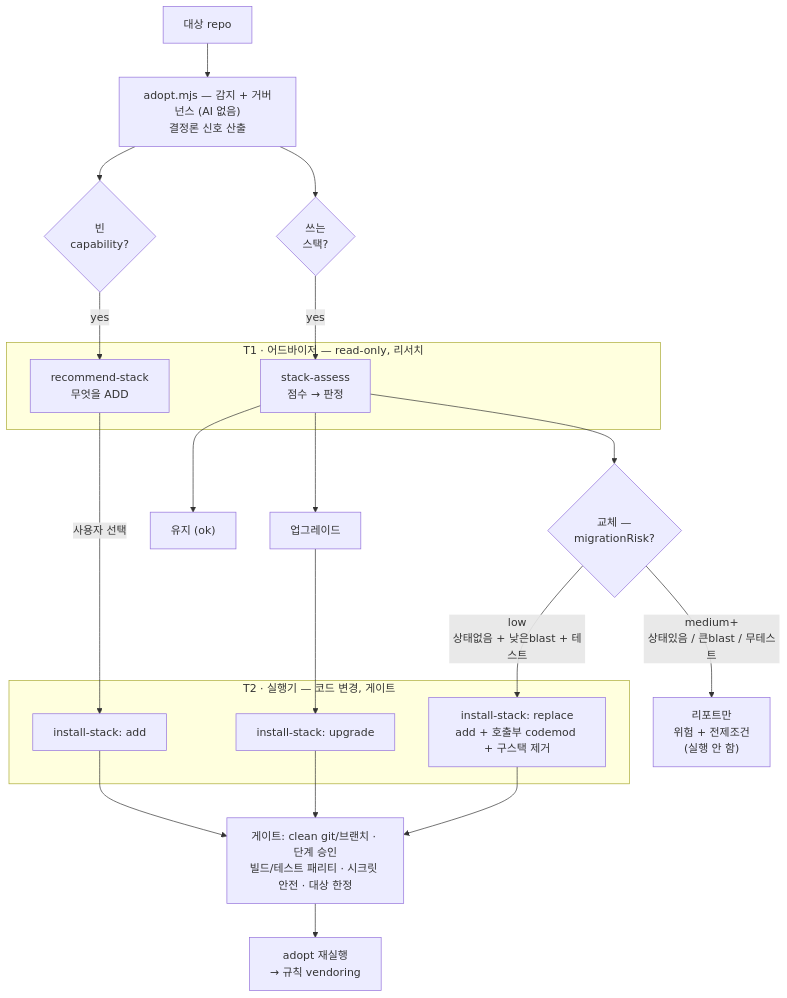
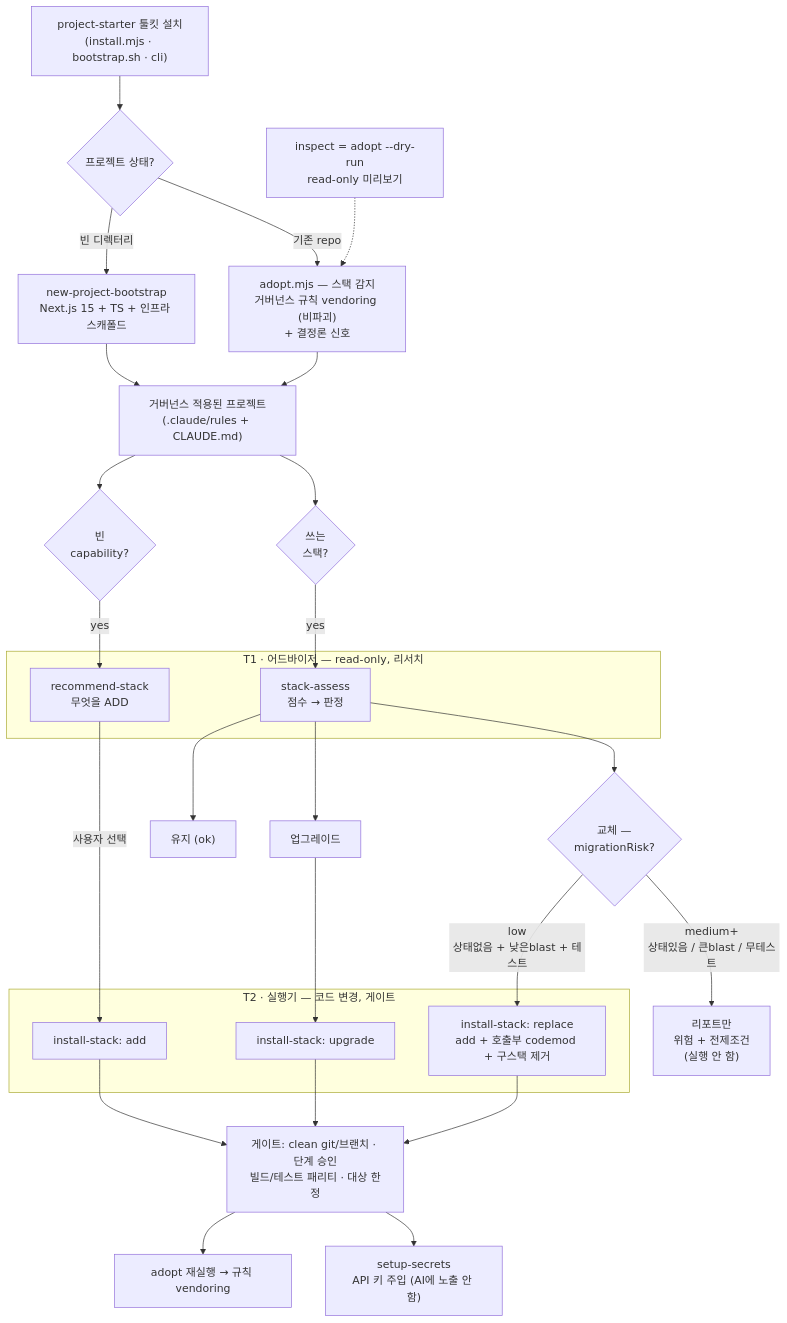
One commit to kimyeonsik/project-starter changed the diagram in README.ko.md. Above: the diagram before and after it, drawn with Mermaid. The commit also changed other lines of this file and 1 other file, not shown here.

Commit message:
docs(readme): expand lifecycle diagram to all entry cases (bootstrap/adopt/inspect/secrets)

````diff
--- a/README.ko.md
+++ b/README.ko.md
@@ -43,34 +43,39 @@
 ```mermaid
 flowchart TD
-    repo["대상 repo"] --> adopt["adopt.mjs — 감지 + 거버넌스 (AI 없음)<br/>결정론 신호 산출"]
-    adopt --> empty{"빈<br/>capability?"}
-    adopt --> inuse{"쓰는<br/>스택?"}
+    install["project-starter 툴킷 설치<br/>(install.mjs · bootstrap.sh · cli)"] --> start{"프로젝트 상태?"}
+    start -->|빈 디렉터리| boot["new-project-bootstrap<br/>Next.js 15 + TS + 인프라 스캐폴드"]
+    start -->|기존 repo| adopt["adopt.mjs — 스택 감지<br/>거버넌스 규칙 vendoring (비파괴)<br/>+ 결정론 신호"]
+    inspect["inspect = adopt --dry-run<br/>read-only 미리보기"] -.-> adopt
+
+    boot --> governed["거버넌스 적용된 프로젝트<br/>(.claude/rules + CLAUDE.md)"]
+    adopt --> governed
+
+    governed --> empty{"빈<br/>capability?"}
+    governed --> inuse{"쓰는<br/>스택?"}
 
     subgraph t1["T1 · 어드바이저 — read-only, 리서치"]
         rec["recommend-stack<br/>무엇을 ADD"]
         assess["stack-assess<br/>점수 → 판정"]
     end
-
     empty -->|yes| rec
     inuse -->|yes| assess
 
     assess --> keep["유지 (ok)"]
     assess --> upgrade["업그레이드"]
     assess --> repl{"교체 —<br/>migrationRisk?"}
     repl -->|"low<br/>상태없음 + 낮은blast + 테스트"| m_replace
     repl -->|"medium+<br/>상태있음 / 큰blast / 무테스트"| report["리포트만<br/>위험 + 전제조건<br/>(실행 안 함)"]
-
     rec -->|사용자 선택| m_add
     upgrade --> m_upgrade
 
     subgraph t2["T2 · 실행기 — 코드 변경, 게이트"]
         m_add["install-stack: add"]
         m_upgrade["install-stack: upgrade"]
         m_replace["install-stack: replace<br/>add + 호출부 codemod + 구스택 제거"]
     end
-
     m_add --> gates
     m_upgrade --> gates
     m_replace --> gates
-    gates["게이트: clean git/브랜치 · 단계 승인<br/>빌드/테스트 패리티 · 시크릿 안전 · 대상 한정"] --> vendor["adopt 재실행<br/>→ 규칙 vendoring"]
+    gates["게이트: clean git/브랜치 · 단계 승인<br/>빌드/테스트 패리티 · 대상 한정"] --> vendor["adopt 재실행 → 규칙 vendoring"]
+    gates --> secrets["setup-secrets<br/>API 키 주입 (AI에 노출 안 함)"]
 ```
````
